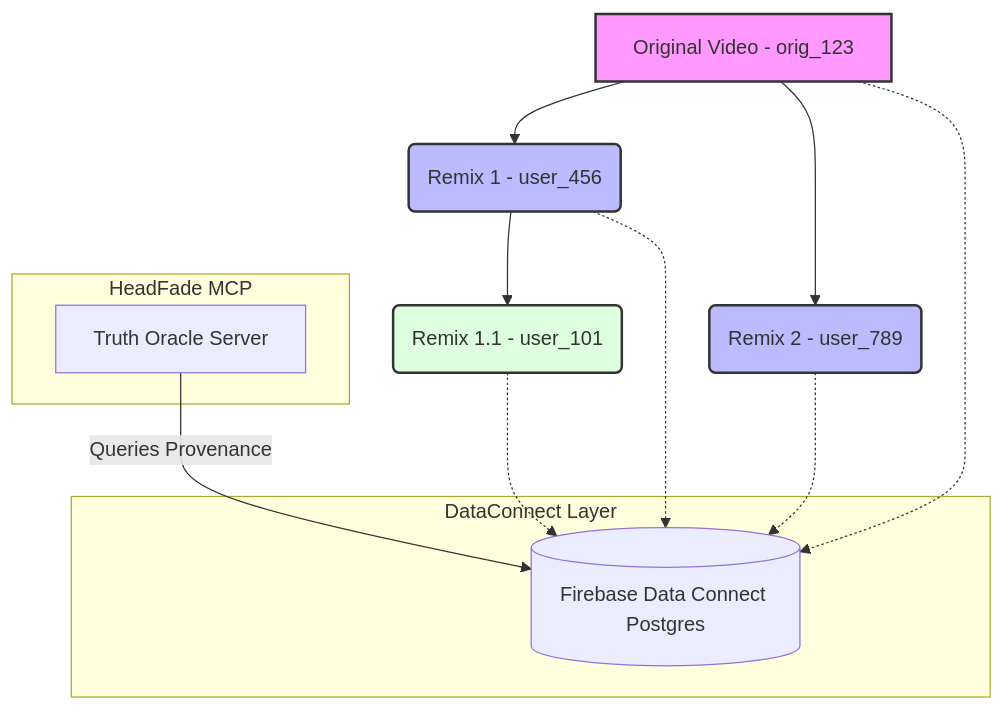
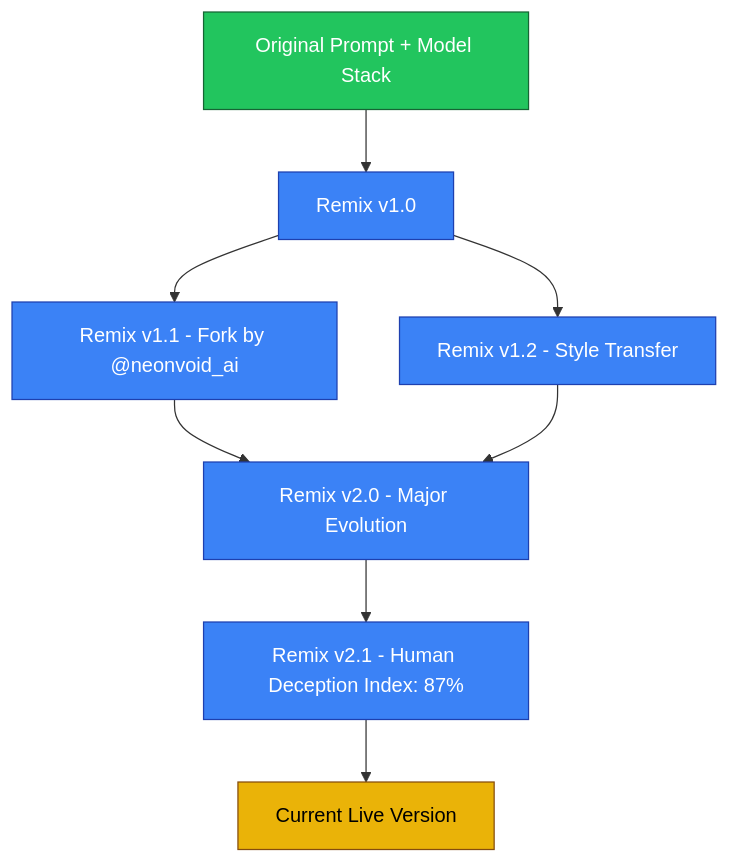
The diagram in docs/remix-tree-architecture.mmd (ShadowTag-v2/shadowtagai-monorepo-v2), drawn with Mermaid before and after one commit. The commit also changed 90 other files, not shown here.

````diff
--- a/docs/remix-tree-architecture.mmd
+++ b/docs/remix-tree-architecture.mmd
@@ -1,24 +1,18 @@
+```mermaid
 graph TD
-    A[Original Video - orig_123] --> B(Remix 1 - user_456)
-    A --> C(Remix 2 - user_789)
-    B --> D(Remix 1.1 - user_101)
-    
-    style A fill:#f9f,stroke:#333,stroke-width:2px
-    style B fill:#bbf,stroke:#333,stroke-width:2px
-    style C fill:#bbf,stroke:#333,stroke-width:2px
-    style D fill:#dfd,stroke:#333,stroke-width:2px
-    
-    subgraph DataConnect Layer
-        DB[(Firebase Data Connect Postgres)]
-    end
-    
-    A -.-> DB
-    B -.-> DB
-    C -.-> DB
-    D -.-> DB
-    
-    subgraph HeadFade MCP
-        MCP[Truth Oracle Server]
-    end
-    
-    MCP -->|Queries Provenance| DB
+    A[Original Prompt + Model Stack] --> B[Remix v1.0]
+    B --> C[Remix v1.1 - Fork by @neonvoid_ai]
+    B --> D[Remix v1.2 - Style Transfer]
+    C --> E[Remix v2.0 - Major Evolution]
+    D --> E
+    E --> F[Remix v2.1 - Human Deception Index: 87%]
+    F --> G[Current Live Version]
+
+    classDef original fill:#22c55e,stroke:#166534,color:white
+    classDef remix fill:#3b82f6,stroke:#1e40af,color:white
+    classDef current fill:#eab308,stroke:#854d0e,color:black
+
+    class A original
+    class B,C,D,E,F remix
+    class G current
+```
````
